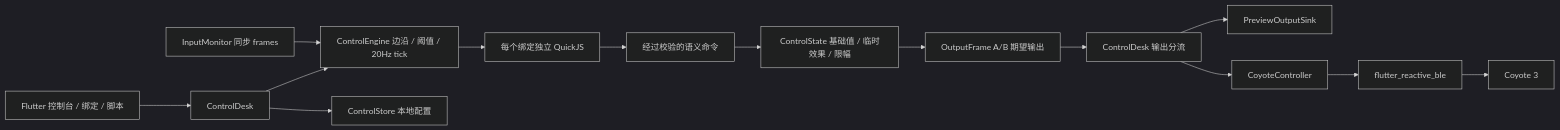
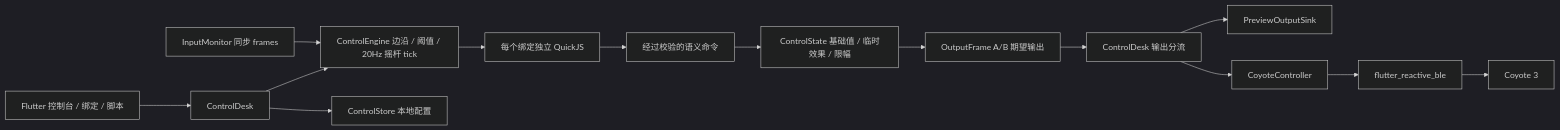
One commit to BobH233/DGLab-Gamepad changed the second of 2 diagrams in docs/architecture.md. Above: the diagram before and after it, drawn with Mermaid (dark theme). The commit also changed other lines of this file and 11 other files, not shown here.

````diff
--- a/docs/architecture.md
+++ b/docs/architecture.md
@@ -90,16 +90,16 @@
 ```mermaid
 flowchart LR
-  Input[InputMonitor 同步 frames] --> Engine[ControlEngine 边沿 / 阈值 / 20Hz tick]
+  Input[InputMonitor 同步 frames] --> Engine[ControlEngine 边沿 / 阈值 / 20Hz 摇杆 tick]
   Engine --> JS[每个绑定独立 QuickJS]
   JS --> Commands[经过校验的语义命令]
   Commands --> State[ControlState 基础值 / 临时效果 / 限幅]
   State --> Frame[OutputFrame A/B 期望输出]
   Frame --> Fanout[ControlDesk 输出分流]
   Fanout --> Preview[PreviewOutputSink]
   Fanout --> Coyote[CoyoteController]
   Coyote --> BLE[flutter_reactive_ble]
   BLE --> Device[Coyote 3]
   UI[Flutter 控制台 / 绑定 / 脚本] --> Desk[ControlDesk]
   Desk --> Engine
   Desk --> Store[ControlStore 本地配置]
 ```
````
